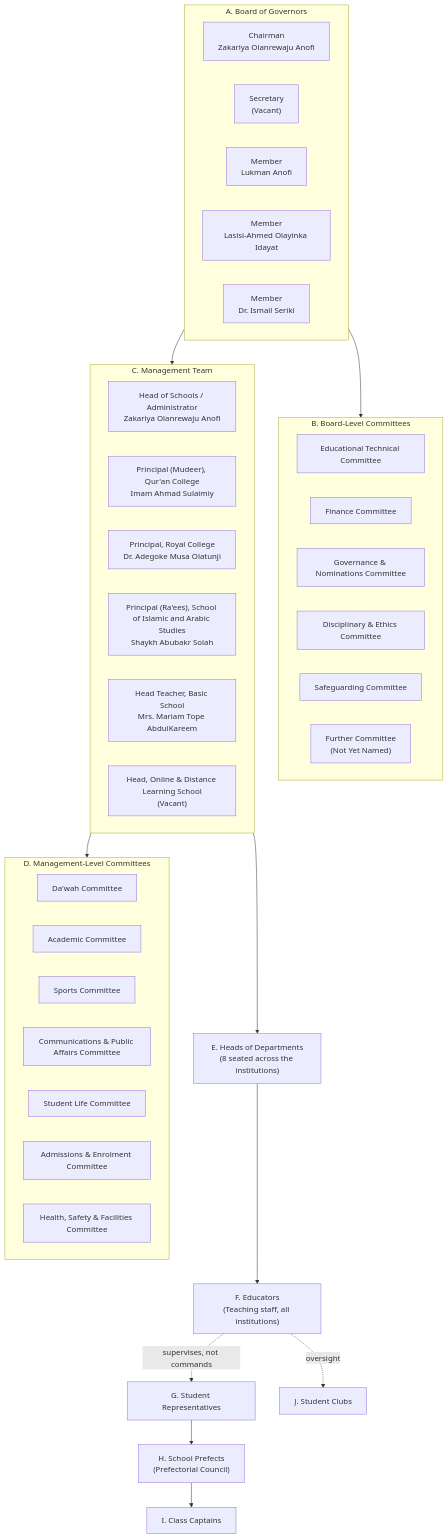
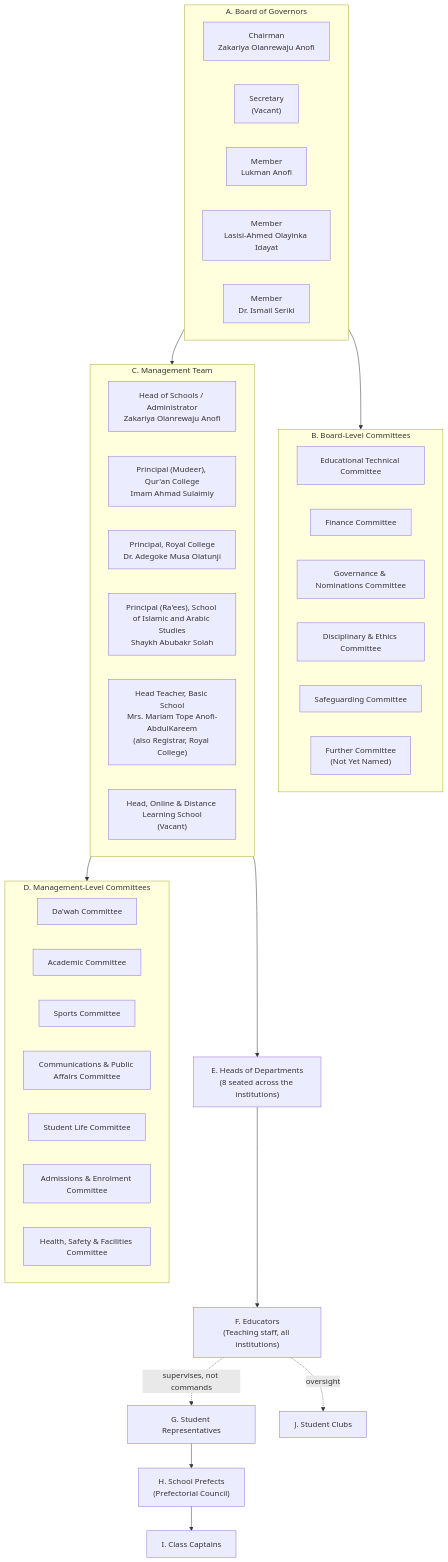
Before and after one commit to ahmadsulaimiy1/Sultan-: the first of 4 diagrams in docs/organisational-structure-manual.md, drawn with Mermaid. The commit also changed other lines of this file and 58 other files, not shown here.

````diff
--- a/docs/organisational-structure-manual.md
+++ b/docs/organisational-structure-manual.md
@@ -64,55 +64,55 @@
 ```mermaid
 flowchart TD
   subgraph A["A. Board of Governors"]
     A_Chair["Chairman<br/>Zakariya Olanrewaju Anofi"]
     A_Sec["Secretary<br/>(Vacant)"]
     A_M1["Member<br/>Lukman Anofi"]
     A_M2["Member<br/>Lasisi-Ahmed Olayinka Idayat"]
     A_M3["Member<br/>Dr. Ismail Seriki"]
   end
 
   subgraph B["B. Board-Level Committees"]
     B_ETC["Educational Technical Committee"]
     B_FC["Finance Committee"]
     B_GN["Governance & Nominations Committee"]
     B_DE["Disciplinary & Ethics Committee"]
     B_SG["Safeguarding Committee"]
     B_TBD["Further Committee<br/>(Not Yet Named)"]
   end
 
   subgraph C["C. Management Team"]
     C_HoS["Head of Schools / Administrator<br/>Zakariya Olanrewaju Anofi"]
     C_P1["Principal (Mudeer), Qur'an College<br/>Imam Ahmad Sulaimiy"]
     C_P2["Principal, Royal College<br/>Dr. Adegoke Musa Olatunji"]
     C_P3["Principal (Ra'ees), School of Islamic and Arabic Studies<br/>Shaykh Abubakr Solah"]
-    C_HT["Head Teacher, Basic School<br/>Mrs. Mariam Tope AbdulKareem"]
+    C_HT["Head Teacher, Basic School<br/>Mrs. Mariam Tope Anofi-AbdulKareem<br/>(also Registrar, Royal College)"]
     C_P5["Head, Online &amp; Distance Learning School<br/>(Vacant)"]
   end
 
   subgraph D["D. Management-Level Committees"]
     D_DW["Da'wah Committee"]
     D_AC["Academic Committee"]
     D_SP["Sports Committee"]
     D_CPA["Communications & Public Affairs Committee"]
     D_SL["Student Life Committee"]
     D_AE["Admissions & Enrolment Committee"]
     D_HSF["Health, Safety & Facilities Committee"]
   end
 
   E["E. Heads of Departments<br/>(8 seated across the institutions)"]
   F["F. Educators<br/>(Teaching staff, all institutions)"]
   G["G. Student Representatives"]
   H["H. School Prefects<br/>(Prefectorial Council)"]
   I["I. Class Captains"]
   J["J. Student Clubs"]
 
   A --> B
   A --> C
   C --> D
   C --> E
   E --> F
   F -.supervises, not commands.-> G
   G --> H
   H --> I
   F -.oversight.-> J
 ```
````
